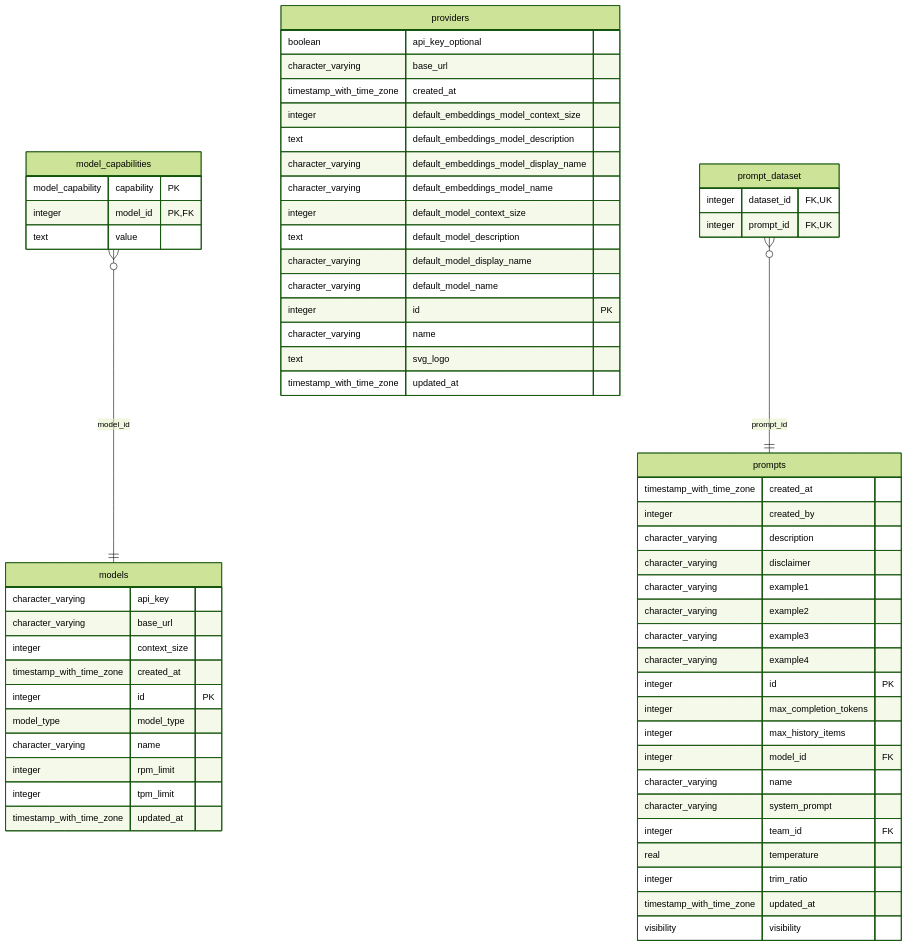
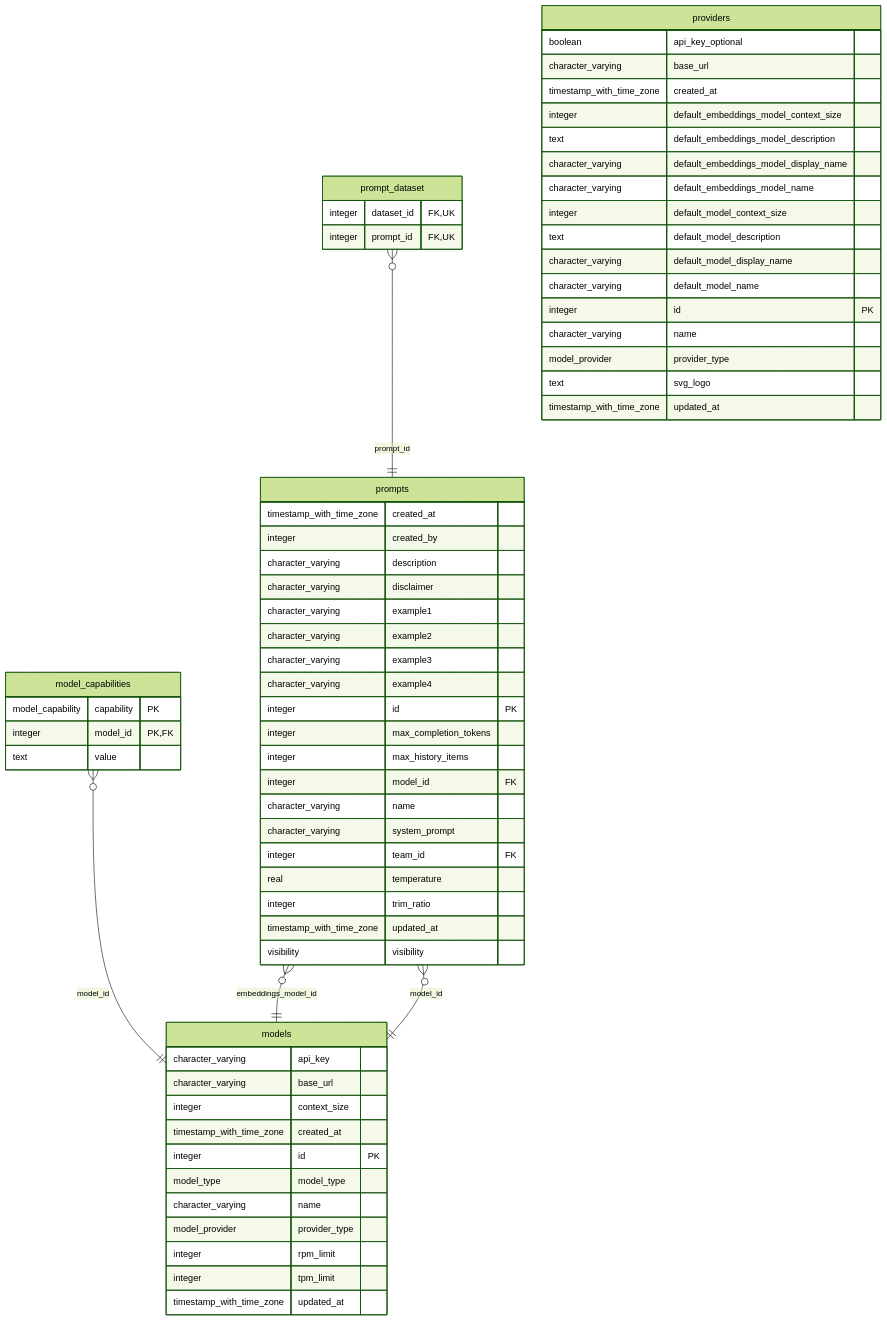
The seventh of 10 diagrams in crates/db/README.md (bionic-gpt/bionic-gpt), drawn with Mermaid (forest theme) before and after one commit. The commit also changed other lines of this file and 27 other files, not shown here.

````diff
--- a/crates/db/README.md
+++ b/crates/db/README.md
@@ -373,69 +352,73 @@
 ```mermaid
 erDiagram
     model_capabilities {
         model_capability capability PK 
         integer model_id PK,FK 
         text value 
     }
 
     models {
         character_varying api_key 
         character_varying base_url 
         integer context_size 
         timestamp_with_time_zone created_at 
         integer id PK 
         model_type model_type 
         character_varying name 
+        model_provider provider_type 
         integer rpm_limit 
         integer tpm_limit 
         timestamp_with_time_zone updated_at 
+    }
+
+    prompt_dataset {
+        integer dataset_id FK,UK 
+        integer prompt_id FK,UK 
+    }
+
+    prompts {
+        timestamp_with_time_zone created_at 
+        integer created_by 
+        character_varying description 
+        character_varying disclaimer 
+        character_varying example1 
+        character_varying example2 
+        character_varying example3 
+        character_varying example4 
+        integer id PK 
+        integer max_completion_tokens 
+        integer max_history_items 
+        integer model_id FK 
+        character_varying name 
+        character_varying system_prompt 
+        integer team_id FK 
+        real temperature 
+        integer trim_ratio 
+        timestamp_with_time_zone updated_at 
+        visibility visibility 
     }
 
     providers {
         boolean api_key_optional 
         character_varying base_url 
         timestamp_with_time_zone created_at 
         integer default_embeddings_model_context_size 
         text default_embeddings_model_description 
         character_varying default_embeddings_model_display_name 
         character_varying default_embeddings_model_name 
         integer default_model_context_size 
         text default_model_description 
         character_varying default_model_display_name 
         character_varying default_model_name 
         integer id PK 
         character_varying name 
+        model_provider provider_type 
         text svg_logo 
         timestamp_with_time_zone updated_at 
     }
 
-    prompt_dataset {
-        integer dataset_id FK,UK
-        integer prompt_id FK,UK
-    }
-
-    prompts {
-        timestamp_with_time_zone created_at
-        integer created_by
-        character_varying description
-        character_varying disclaimer
-        character_varying example1
-        character_varying example2
-        character_varying example3
-        character_varying example4
-        integer id PK
-        integer max_completion_tokens
-        integer max_history_items
-        integer model_id FK
-        character_varying name
-        character_varying system_prompt
-        integer team_id FK
-        real temperature
-        integer trim_ratio
-        timestamp_with_time_zone updated_at
-        visibility visibility
-    }
-
     model_capabilities }o--|| models : "model_id"
+    prompts }o--|| models : "embeddings_model_id"
+    prompts }o--|| models : "model_id"
     prompt_dataset }o--|| prompts : "prompt_id"
 ```
````
